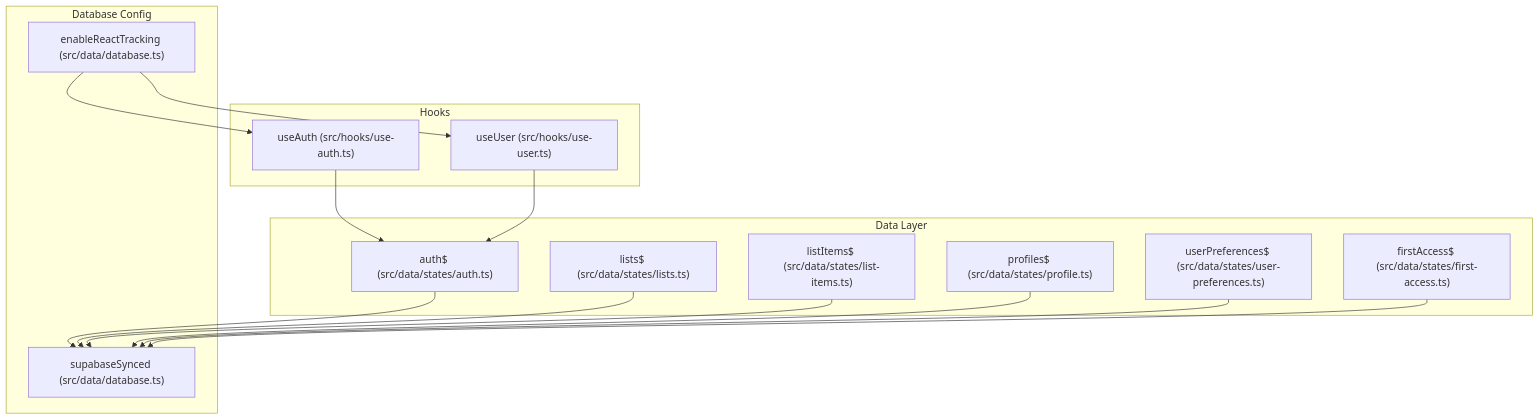
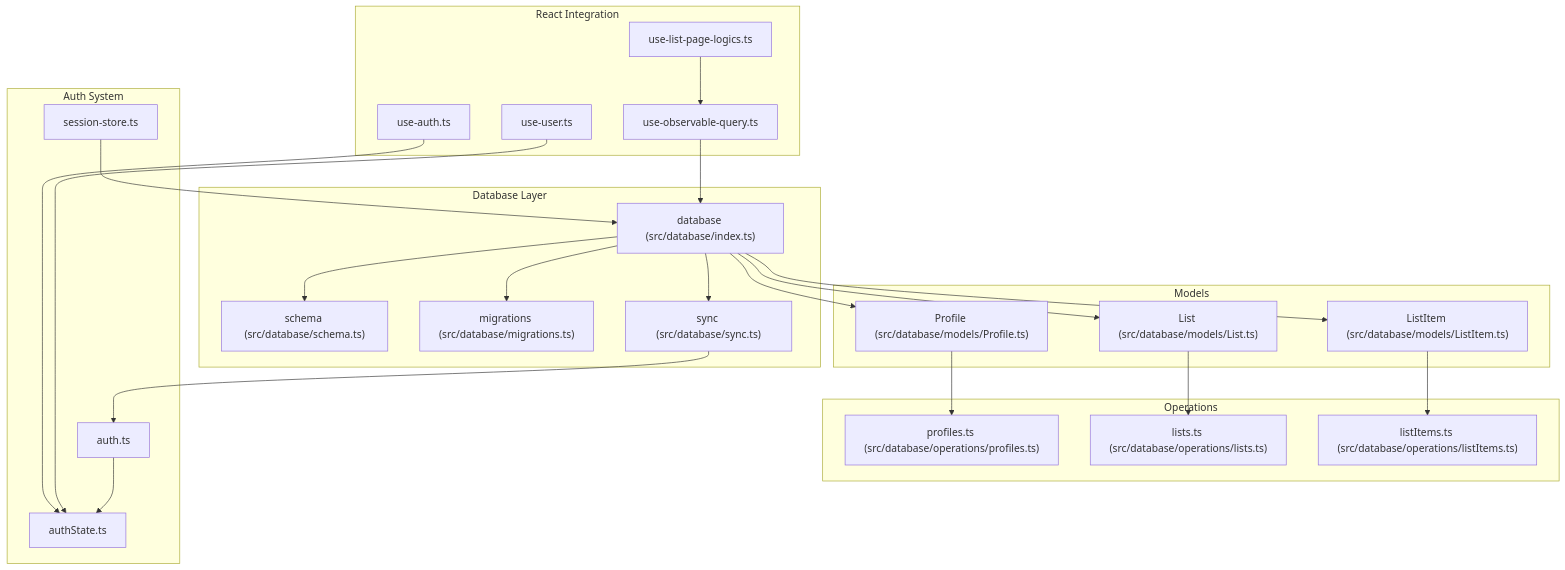
Before and after one commit to karllasouzza/PowerLists: the first of 7 diagrams in .qoder/repowiki/en/content/State Management Architecture/LegendAppState Core System.md, drawn with Mermaid. The commit also changed other lines of this file and 5 other files, not shown here.

First line of the commit message:
docs(database): add comprehensive WatermelonDB integration and migrate state management

````diff
--- a/.qoder/repowiki/en/content/State Management Architecture/LegendAppState Core System.md
+++ b/.qoder/repowiki/en/content/State Management Architecture/LegendAppState Core System.md
@@ -36,29 +51,46 @@
 ```mermaid
 graph TB
-subgraph "Data Layer"
-AUTH["auth$ (src/data/states/auth.ts)"]
-LISTS["lists$ (src/data/states/lists.ts)"]
-LIST_ITEMS["listItems$ (src/data/states/list-items.ts)"]
-PROFILE["profiles$ (src/data/states/profile.ts)"]
-PREFS["userPreferences$ (src/data/states/user-preferences.ts)"]
-FIRST["firstAccess$ (src/data/states/first-access.ts)"]
+subgraph "Database Layer"
+DB["database (src/database/index.ts)"]
+SCHEMA["schema (src/database/schema.ts)"]
+MIGRATIONS["migrations (src/database/migrations.ts)"]
+SYNC["sync (src/database/sync.ts)"]
 end
-subgraph "Database Config"
-DB["supabaseSynced (src/data/database.ts)"]
-REACT["enableReactTracking (src/data/database.ts)"]
+subgraph "Models"
+PROFILE_MODEL["Profile (src/database/models/Profile.ts)"]
+LIST_MODEL["List (src/database/models/List.ts)"]
+ITEM_MODEL["ListItem (src/database/models/ListItem.ts)"]
 end
-subgraph "Hooks"
-USEAUTH["useAuth (src/hooks/use-auth.ts)"]
-USEUSER["useUser (src/hooks/use-user.ts)"]
+subgraph "Operations"
+PROFILES_OP["profiles.ts (src/database/operations/profiles.ts)"]
+LISTS_OP["lists.ts (src/database/operations/lists.ts)"]
+ITEMS_OP["listItems.ts (src/database/operations/listItems.ts)"]
 end
-AUTH --> DB
-LISTS --> DB
-LIST_ITEMS --> DB
-PROFILE --> DB
-PREFS --> DB
-FIRST --> DB
-REACT --> USEAUTH
-REACT --> USEUSER
-USEAUTH --> AUTH
-USEUSER --> AUTH
+subgraph "React Integration"
+OBS_QUERY["use-observable-query.ts"]
+USE_AUTH["use-auth.ts"]
+USE_USER["use-user.ts"]
+LIST_LOGICS["use-list-page-logics.ts"]
+end
+subgraph "Auth System"
+AUTH_STATE["authState.ts"]
+AUTH_ACTIONS["auth.ts"]
+SESSION_STORE["session-store.ts"]
+end
+DB --> SCHEMA
+DB --> MIGRATIONS
+DB --> SYNC
+DB --> PROFILE_MODEL
+DB --> LIST_MODEL
+DB --> ITEM_MODEL
+PROFILE_MODEL --> PROFILES_OP
+LIST_MODEL --> LISTS_OP
+ITEM_MODEL --> ITEMS_OP
+OBS_QUERY --> DB
+LIST_LOGICS --> OBS_QUERY
+USE_AUTH --> AUTH_STATE
+USE_USER --> AUTH_STATE
+AUTH_ACTIONS --> AUTH_STATE
+SESSION_STORE --> DB
+SYNC --> AUTH_ACTIONS
 ```
````
